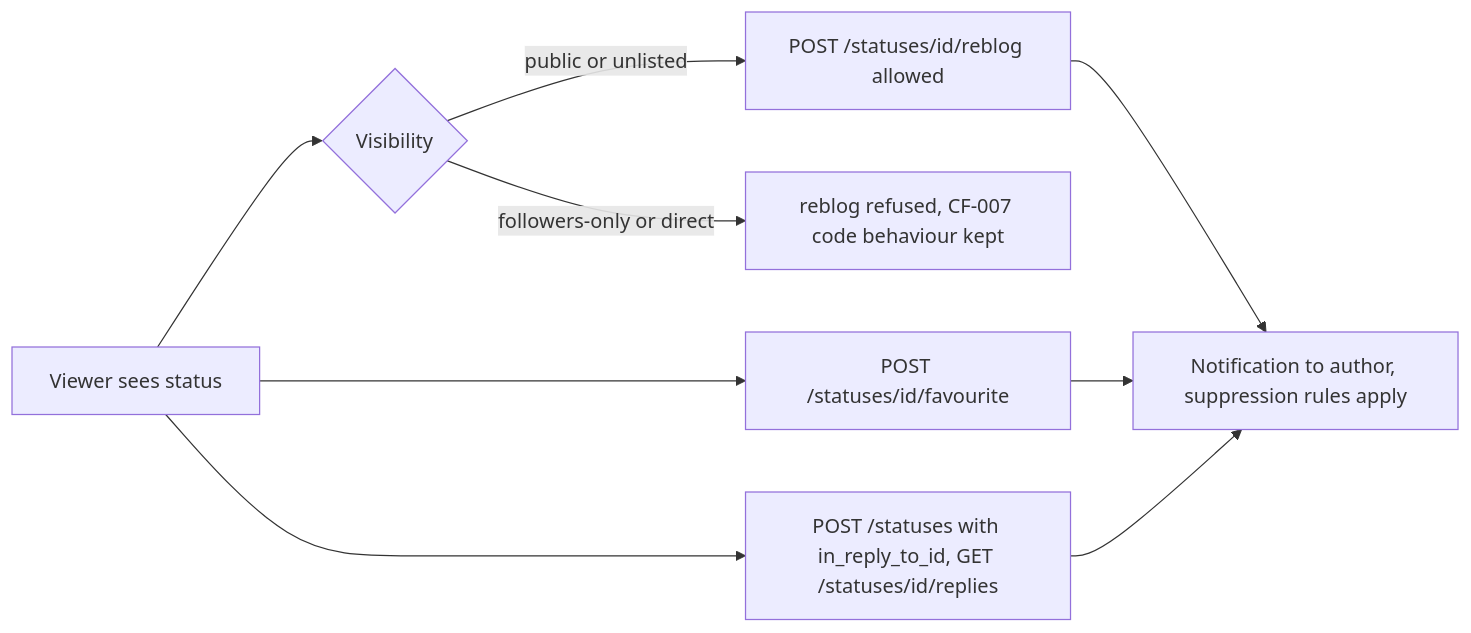
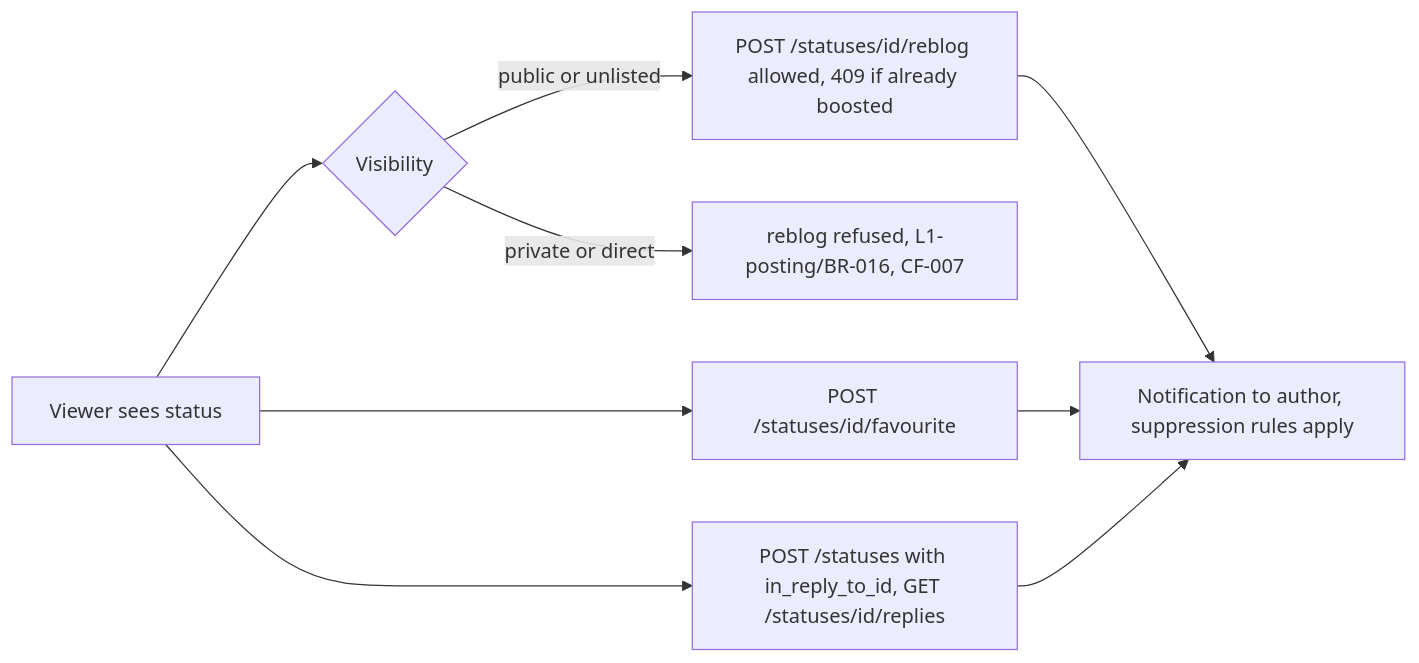
One commit to kurtistw/minidon-context changed the third of 5 diagrams in .mw/runs/REBUILD-MINIDON/research/flows/journeys.md. Above: the diagram before and after it, drawn with Mermaid. The commit also changed other lines of this file and 27 other files, not shown here.

````diff
--- a/.mw/runs/REBUILD-MINIDON/research/flows/journeys.md
+++ b/.mw/runs/REBUILD-MINIDON/research/flows/journeys.md
@@ -53,11 +64,11 @@
 ```mermaid
 flowchart LR
   V[Viewer sees status] --> Q{Visibility}
-  Q -- public or unlisted --> B[POST /statuses/id/reblog allowed]
-  Q -- followers-only or direct --> X[reblog refused, CF-007 code behaviour kept]
+  Q -- public or unlisted --> B[POST /statuses/id/reblog allowed, 409 if already boosted]
+  Q -- private or direct --> X[reblog refused, L1-posting/BR-016, CF-007]
   V --> Fav[POST /statuses/id/favourite]
   V --> R[POST /statuses with in_reply_to_id, GET /statuses/id/replies]
   B --> N[Notification to author, suppression rules apply]
   Fav --> N
   R --> N
 ```
````
